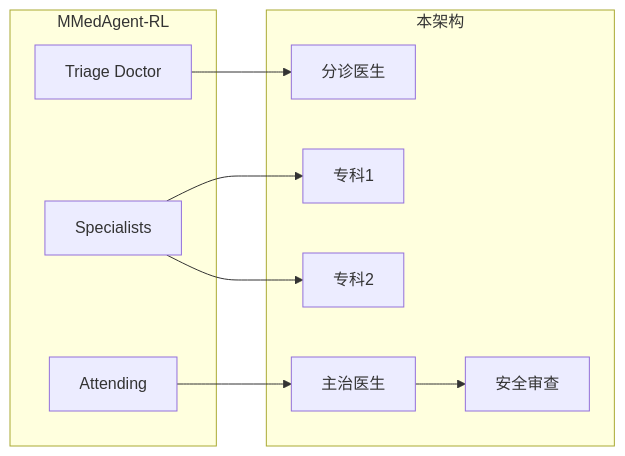
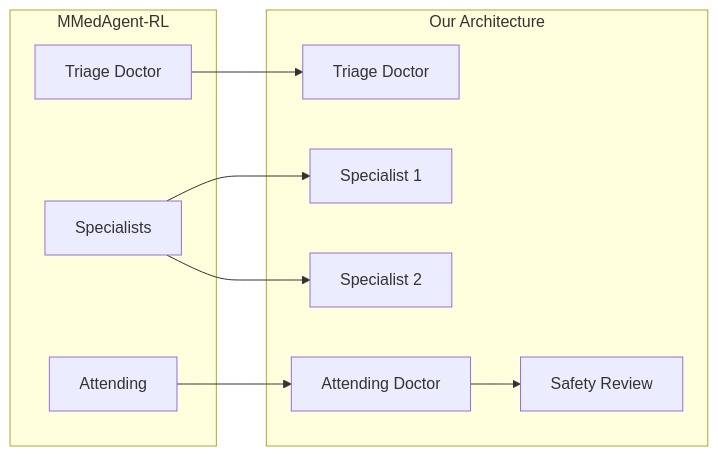
The third of 6 diagrams in docs_architecture.md (G1en-114/yixiao), drawn with Mermaid before and after one commit. The commit also changed other lines of this file and 90 other files, not shown here.

````diff
--- a/docs_architecture.md
+++ b/docs_architecture.md
@@ -110,22 +109,22 @@
 ```mermaid
 flowchart LR
     subgraph PAPER["MMedAgent-RL"]
         PT["Triage Doctor"]
         PS["Specialists"]
         PA["Attending"]
     end
 
-    subgraph OURS["本架构"]
-        OT["分诊医生"]
-        OS1["专科1"]
-        OS2["专科2"]
-        OA["主治医生"]
-        OSF["安全审查"]
+    subgraph OURS["Our Architecture"]
+        OT["Triage Doctor"]
+        OS1["Specialist 1"]
+        OS2["Specialist 2"]
+        OA["Attending Doctor"]
+        OSF["Safety Review"]
     end
 
     PT --> OT
     PS --> OS1
     PS --> OS2
     PA --> OA
     OA --> OSF
 ```
````
